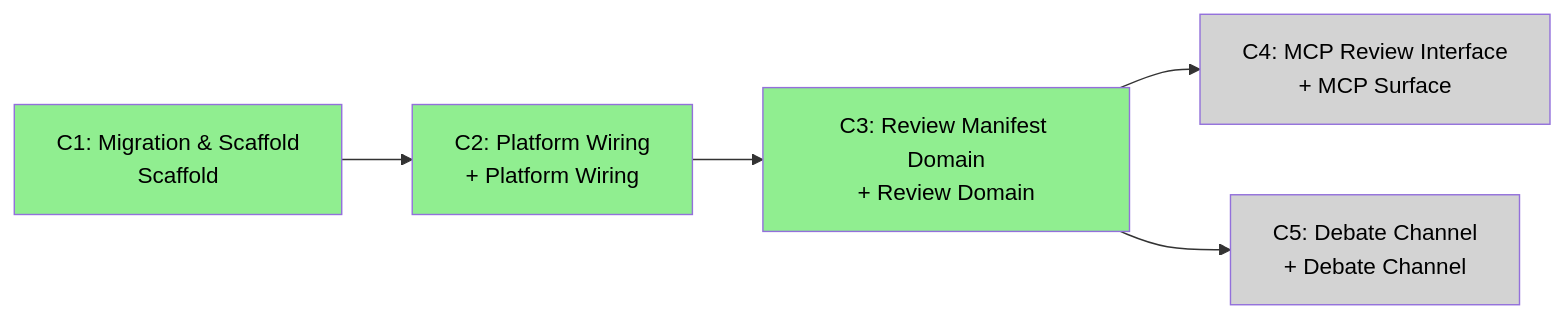
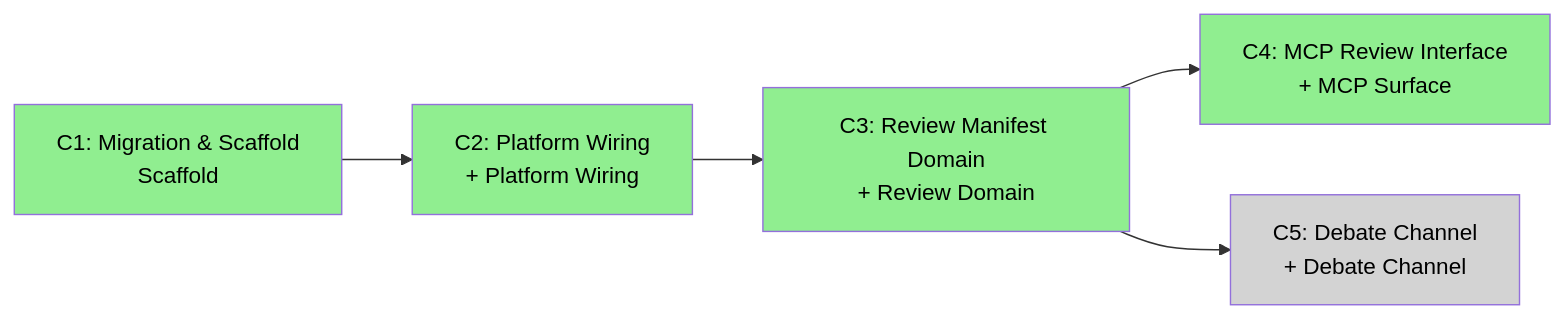
One commit to casehubio/drafthouse changed the fifth of 5 diagrams in ARC42STORIES.MD. Above: the diagram before and after it, drawn with Mermaid. The commit also changed other lines of this file, not shown here.

Commit message:
docs: sync ARC42STORIES.MD — C4 complete (#24 #25), ReviewSessionRegistryImpl, flowchart green  Refs #25

````diff
--- a/ARC42STORIES.MD
+++ b/ARC42STORIES.MD
@@ -289,13 +289,13 @@
 ```mermaid
 flowchart LR
   C1["C1: Migration & Scaffold\nScaffold"] --> C2["C2: Platform Wiring\n+ Platform Wiring"]
   C2 --> C3["C3: Review Manifest Domain\n+ Review Domain"]
   C3 --> C4["C4: MCP Review Interface\n+ MCP Surface"]
   C3 --> C5["C5: Debate Channel\n+ Debate Channel"]
 
   style C1 fill:#90EE90,color:#000
   style C2 fill:#90EE90,color:#000
   style C3 fill:#90EE90,color:#000
-  style C4 fill:#D3D3D3,color:#000
+  style C4 fill:#90EE90,color:#000
   style C5 fill:#D3D3D3,color:#000
 ```
````
